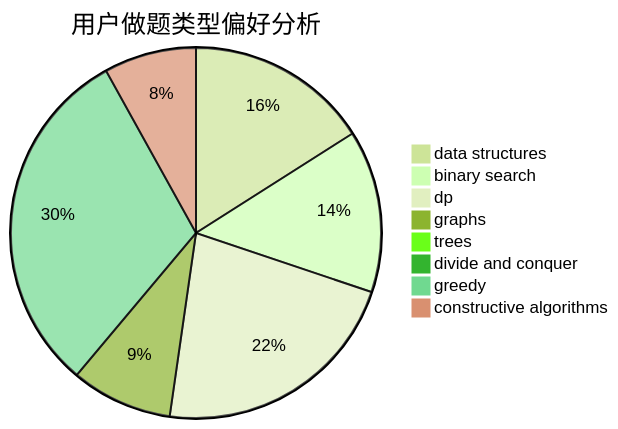
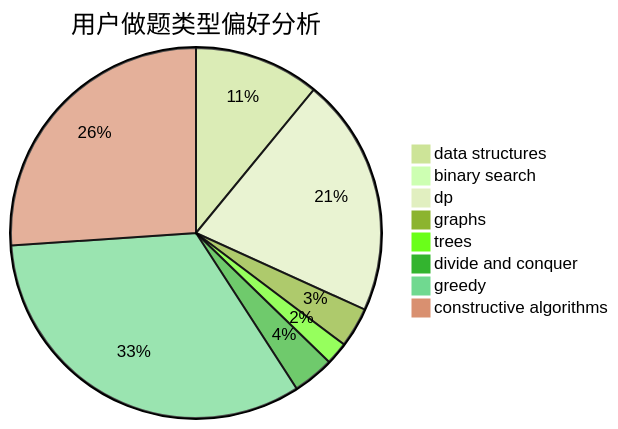
The second of 3 diagrams in docs/user/u208.md (sherpahu/cfrs.github.io), drawn with Mermaid (forest theme) before and after one commit. The commit also changed other lines of this file and 2770 other files, not shown here.

````diff
--- a/docs/user/u208.md
+++ b/docs/user/u208.md
@@ -23,11 +23,11 @@
 ```mermaid
 pie title 用户做题类型偏好分析
-    "data structures" :  264
-    "binary search" :  234
-    "dp" :  365
-    "graphs" :  146
-    "trees" :  14
-    "divide and conquer" :  8
-    "greedy" :  509
-    "constructive algorithms" :  133
+    "data structures" :  94
+    "binary search" :  8
+    "dp" :  179
+    "graphs" :  30
+    "trees" :  17
+    "divide and conquer" :  31
+    "greedy" :  284
+    "constructive algorithms" :  224
 ```
````
